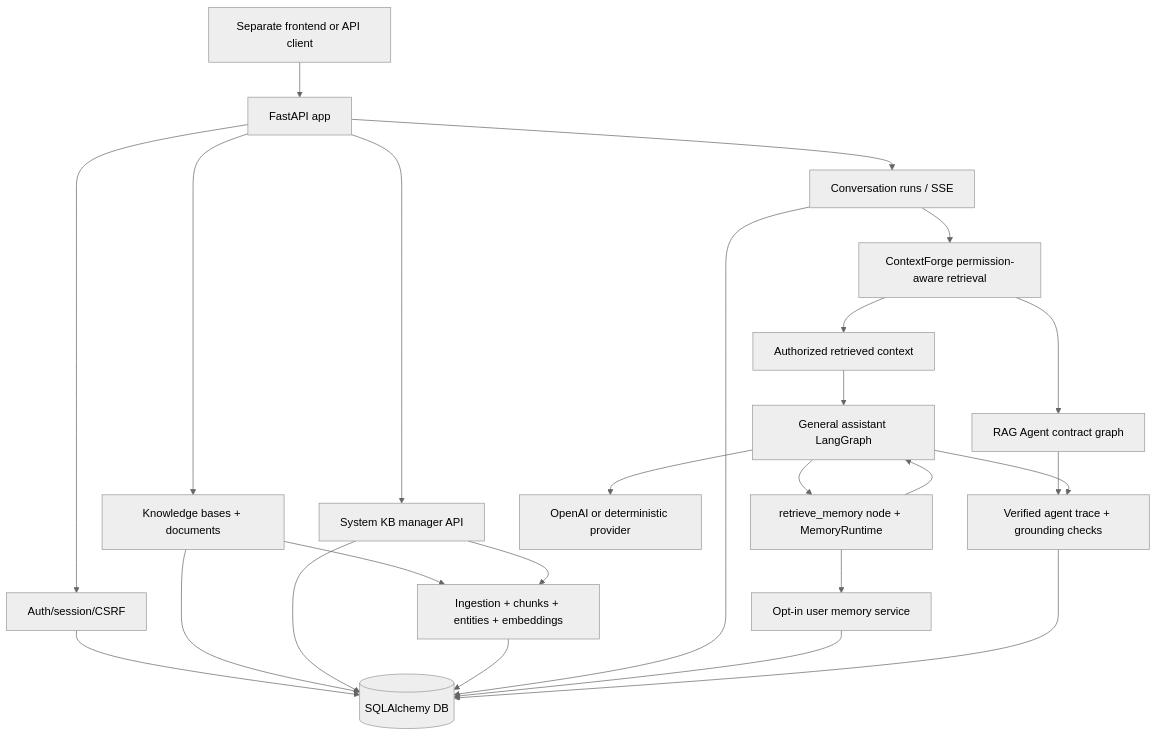
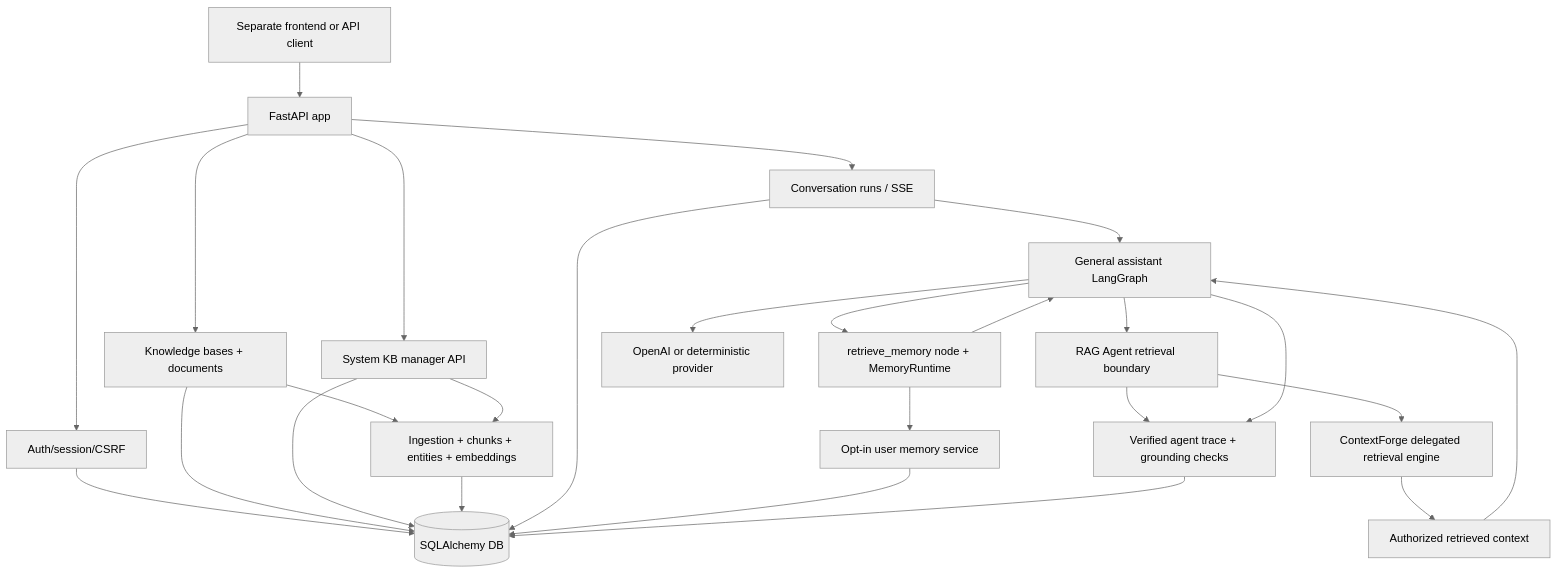
Before and after one commit to heecheon92/my-agents: the diagram in README.en.md, drawn with Mermaid (neutral theme). The commit also changed other lines of this file and 45 other files, not shown here.

````diff
--- a/README.en.md
+++ b/README.en.md
@@ -35,27 +35,28 @@
 ```mermaid
 flowchart TD
     Frontend["Separate frontend or API client"] --> API["FastAPI app"]
     API --> Auth["Auth/session/CSRF"]
     API --> KB["Knowledge bases + documents"]
     API --> SystemKB["System KB manager API"]
     API --> Runs["Conversation runs / SSE"]
     KB --> Ingest["Ingestion + chunks + entities + embeddings"]
     SystemKB --> Ingest
-    Runs --> ContextForge["ContextForge permission-aware retrieval"]
-    ContextForge --> RAGAgent["RAG Agent contract graph"]
+    Runs --> Graph["General assistant LangGraph"]
+    Graph --> RAGAgent["RAG Agent retrieval boundary"]
+    RAGAgent --> ContextForge["ContextForge delegated retrieval engine"]
     ContextForge --> GraphInput["Authorized retrieved context"]
-    GraphInput --> Graph["General assistant LangGraph"]
+    GraphInput --> Graph
     Graph --> MemoryRuntime["retrieve_memory node + MemoryRuntime"]
     MemoryRuntime --> Memory["Opt-in user memory service"]
     MemoryRuntime --> Graph
     Graph --> Provider["OpenAI or deterministic provider"]
     RAGAgent --> Events["Verified agent trace + grounding checks"]
     Graph --> Events
     Auth --> DB[("SQLAlchemy DB")]
     KB --> DB
     SystemKB --> DB
     Ingest --> DB
     Runs --> DB
     Memory --> DB
     Events --> DB
 ```
````
